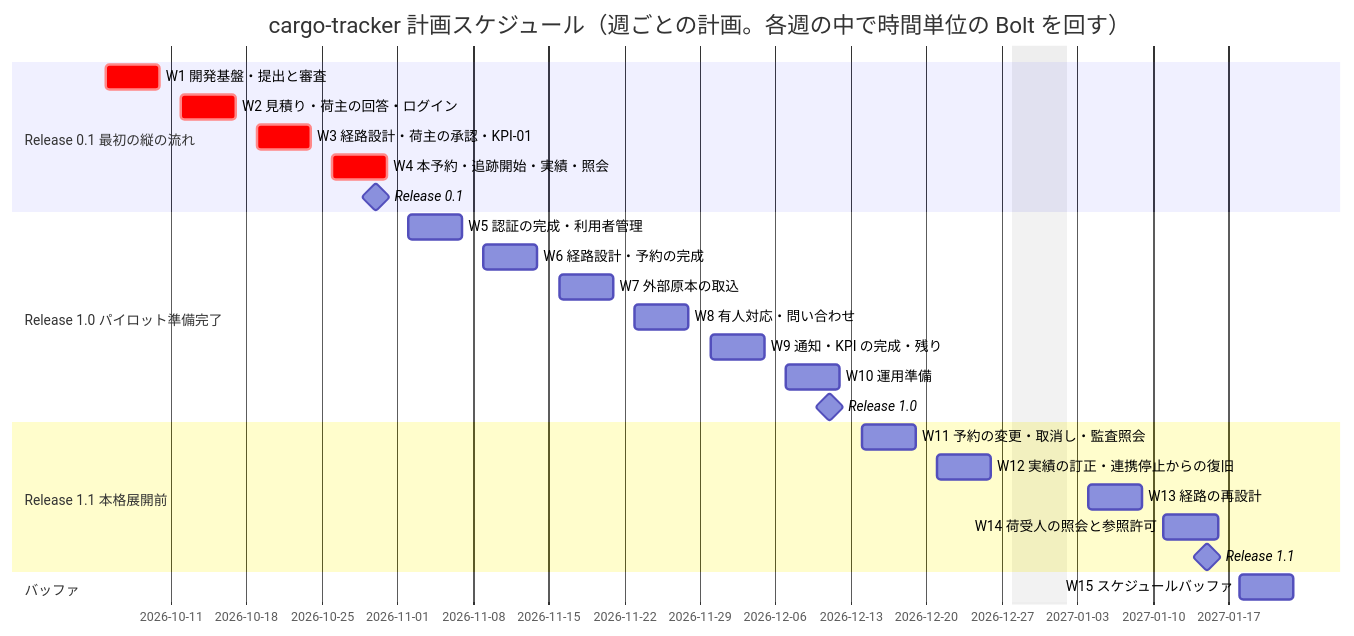
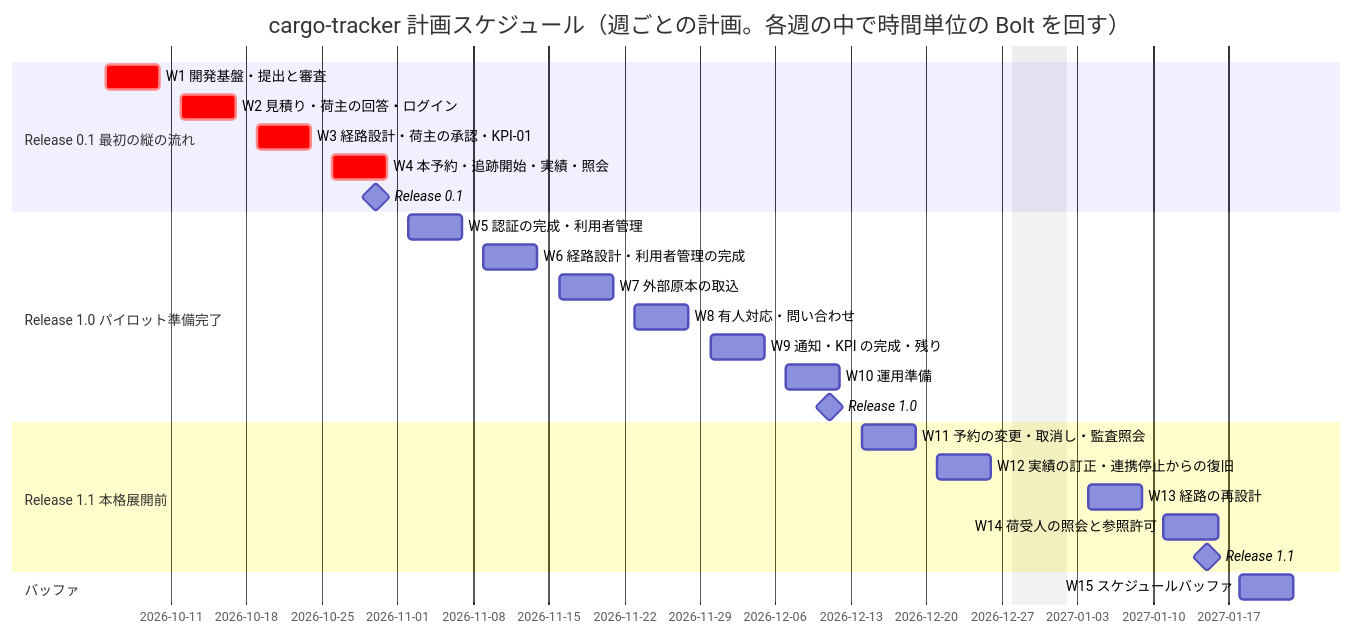
The first of 2 diagrams in docs/development/cargo-tracker/release_plan.md (k2works/practical-domain-driven-design-in-enterpris-application), drawn with Mermaid before and after one commit. The commit also changed other lines of this file and 4 other files, not shown here.

````diff
--- a/docs/development/cargo-tracker/release_plan.md
+++ b/docs/development/cargo-tracker/release_plan.md
@@ -240,28 +240,28 @@
 ```mermaid
 gantt
     title cargo-tracker 計画スケジュール（週ごとの計画。各週の中で時間単位の Bolt を回す）
     dateFormat  YYYY-MM-DD
     excludes    2026-12-28, 2026-12-29, 2026-12-30, 2026-12-31, 2027-01-01
     section Release 0.1 最初の縦の流れ
     W1 開発基盤・提出と審査          :crit, it1, 2026-10-05, 5d
     W2 見積り・荷主の回答・ログイン   :crit, it2, 2026-10-12, 5d
     W3 経路設計・荷主の承認・KPI-01   :crit, it3, 2026-10-19, 5d
     W4 本予約・追跡開始・実績・照会   :crit, it4, 2026-10-26, 5d
     Release 0.1                       :milestone, m1, 2026-10-30, 0d
     section Release 1.0 パイロット準備完了
     W5 認証の完成・利用者管理        :it5, 2026-11-02, 5d
-    W6 経路設計・予約の完成          :it6, 2026-11-09, 5d
+    W6 経路設計・利用者管理の完成      :it6, 2026-11-09, 5d
     W7 外部原本の取込                :it7, 2026-11-16, 5d
     W8 有人対応・問い合わせ          :it8, 2026-11-23, 5d
     W9 通知・KPI の完成・残り        :it9, 2026-11-30, 5d
     W10 運用準備                     :it10, 2026-12-07, 5d
     Release 1.0                       :milestone, m2, 2026-12-11, 0d
     section Release 1.1 本格展開前
     W11 予約の変更・取消し・監査照会  :it11, 2026-12-14, 5d
     W12 実績の訂正・連携停止からの復旧 :it12, 2026-12-21, 5d
     W13 経路の再設計                 :it13, 2027-01-04, 5d
     W14 荷受人の照会と参照許可        :it14, 2027-01-11, 5d
     Release 1.1                       :milestone, m3, 2027-01-15, 0d
     section バッファ
     W15 スケジュールバッファ          :it15, 2027-01-18, 5d
 ```
````
